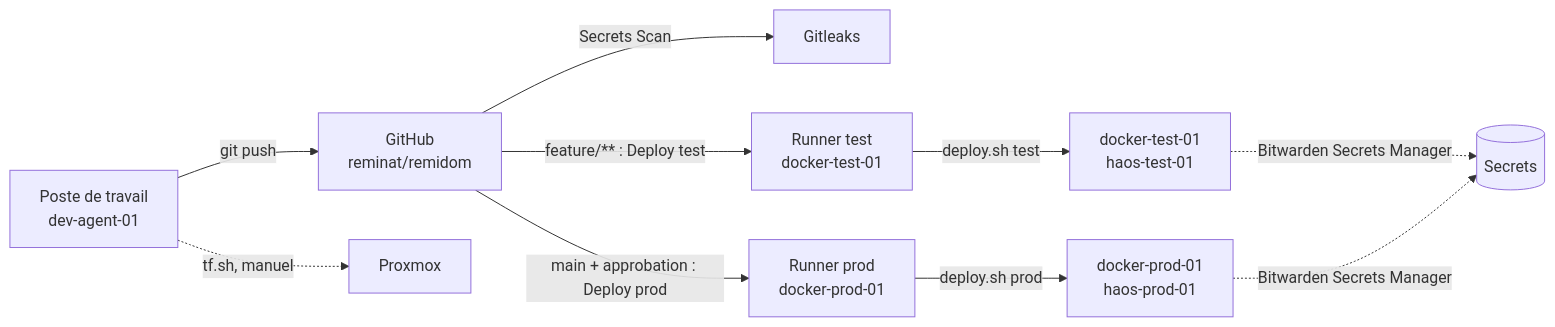
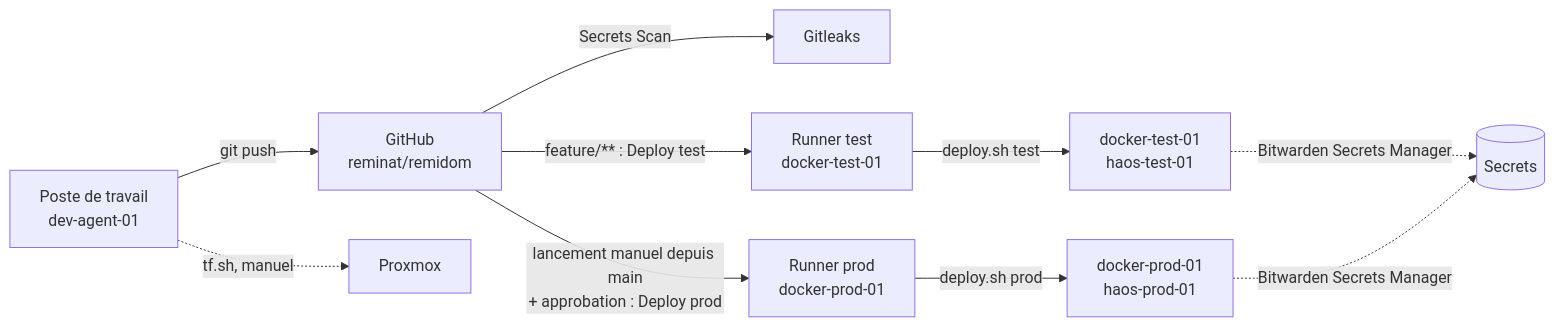
The diagram in docs/architecture.md (reminat/remidom), drawn with Mermaid before and after one commit. The commit also changed other lines of this file and 5 other files, not shown here.

````diff
--- a/docs/architecture.md
+++ b/docs/architecture.md
@@ -48,11 +48,11 @@
 ```mermaid
 flowchart LR
     W[Poste de travail<br/>dev-agent-01] -->|git push| GH[GitHub<br/>reminat/remidom]
     GH -->|Secrets Scan| GL[Gitleaks]
     GH -->|feature/** : Deploy test| RT[Runner test<br/>docker-test-01]
-    GH -->|main + approbation : Deploy prod| RP[Runner prod<br/>docker-prod-01]
+    GH -->|lancement manuel depuis main<br/>+ approbation : Deploy prod| RP[Runner prod<br/>docker-prod-01]
     RT -->|deploy.sh test| T[docker-test-01<br/>haos-test-01]
     RP -->|deploy.sh prod| P[docker-prod-01<br/>haos-prod-01]
     W -.->|tf.sh, manuel| PVE[Proxmox]
     T & P -.->|Bitwarden Secrets Manager| BWS[(Secrets)]
 ```
````
